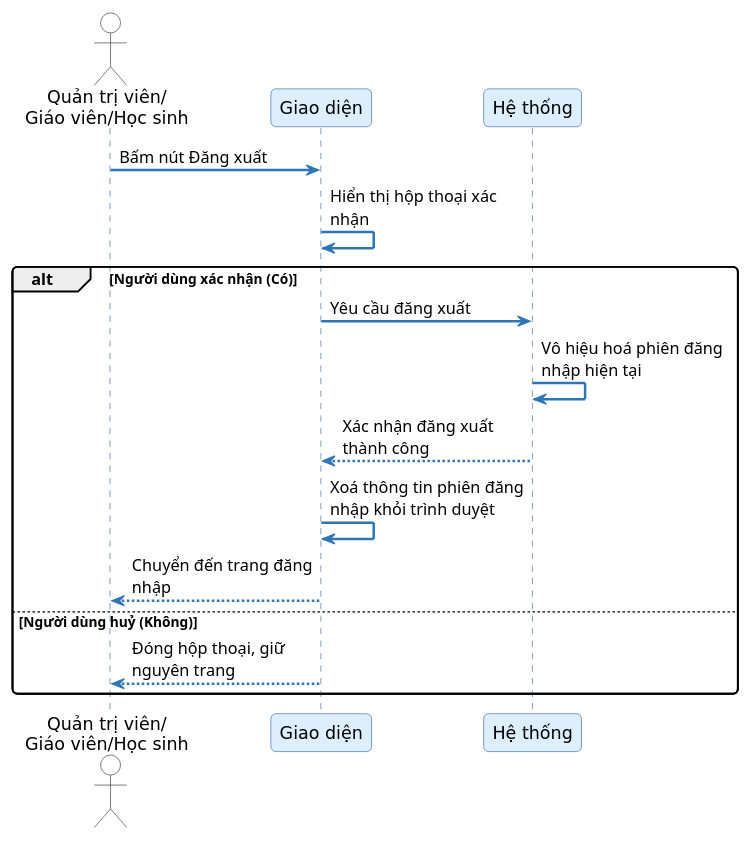
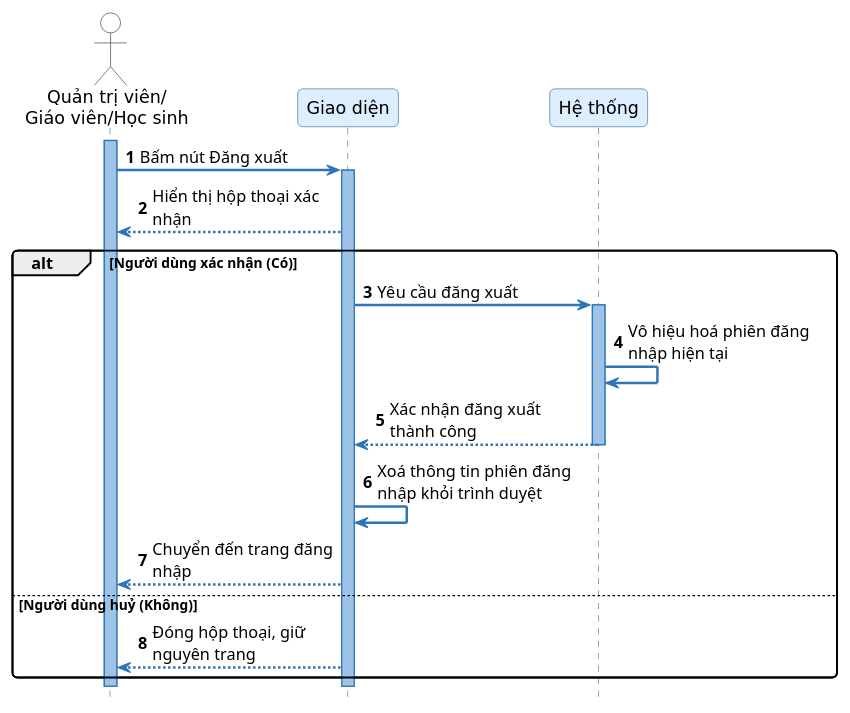
Before and after one commit to trantrungno3/ExamHub: the diagram in uml/seq_diagrams/SD02_dang_xuat.puml, drawn with PlantUML. The commit also changed 100 other files, not shown here.

First line of the commit message:
Refactor sequence diagrams for exam generation and management

```diff
--- a/uml/seq_diagrams/SD02_dang_xuat.puml
+++ b/uml/seq_diagrams/SD02_dang_xuat.puml
@@ -1,39 +1,43 @@
 @startuml SD02_dang_xuat
+autonumber
 skinparam sequenceArrowThickness 2
 skinparam roundcorner 8
 skinparam maxmessagesize 160
 skinparam sequence {
     ArrowColor #2E75B6
     ActorBorderColor #333333
-    LifeLineBorderColor #336699
-    LifeLineBackgroundColor #EEF4FF
+    LifeLineBorderColor #2E75B6
+    LifeLineBackgroundColor #9DC3E6
     ParticipantBorderColor #336699
     ParticipantBackgroundColor #DDEEFF
     ParticipantFontSize 14
     ParticipantFontName "DejaVu Sans"
     ActorBackgroundColor White
     ActorFontName "DejaVu Sans"
     ActorFontSize 14
     NoteBackgroundColor #FFFFCC
     NoteBorderColor #CCCC00
 }
 skinparam fontname "DejaVu Sans"
+hide footbox
 
 actor "Quản trị viên/\nGiáo viên/Học sinh" as User
 participant "Giao diện" as FE
 participant "Hệ thống" as SYS
 
-User -> FE : Bấm nút Đăng xuất
-FE -> FE : Hiển thị hộp thoại xác nhận
-
+activate User
+User -> FE ++ : Bấm nút Đăng xuất
+FE --> User : Hiển thị hộp thoại xác nhận
 alt Người dùng xác nhận (Có)
-    FE -> SYS : Yêu cầu đăng xuất
+    FE -> SYS ++ : Yêu cầu đăng xuất
     SYS -> SYS : Vô hiệu hoá phiên đăng nhập hiện tại
-    SYS --> FE : Xác nhận đăng xuất thành công
+    SYS --> FE -- : Xác nhận đăng xuất thành công
     FE -> FE : Xoá thông tin phiên đăng nhập khỏi trình duyệt
     FE --> User : Chuyển đến trang đăng nhập
 else Người dùng huỷ (Không)
     FE --> User : Đóng hộp thoại, giữ nguyên trang
 end
+deactivate FE
+deactivate User
 
 @enduml
```
